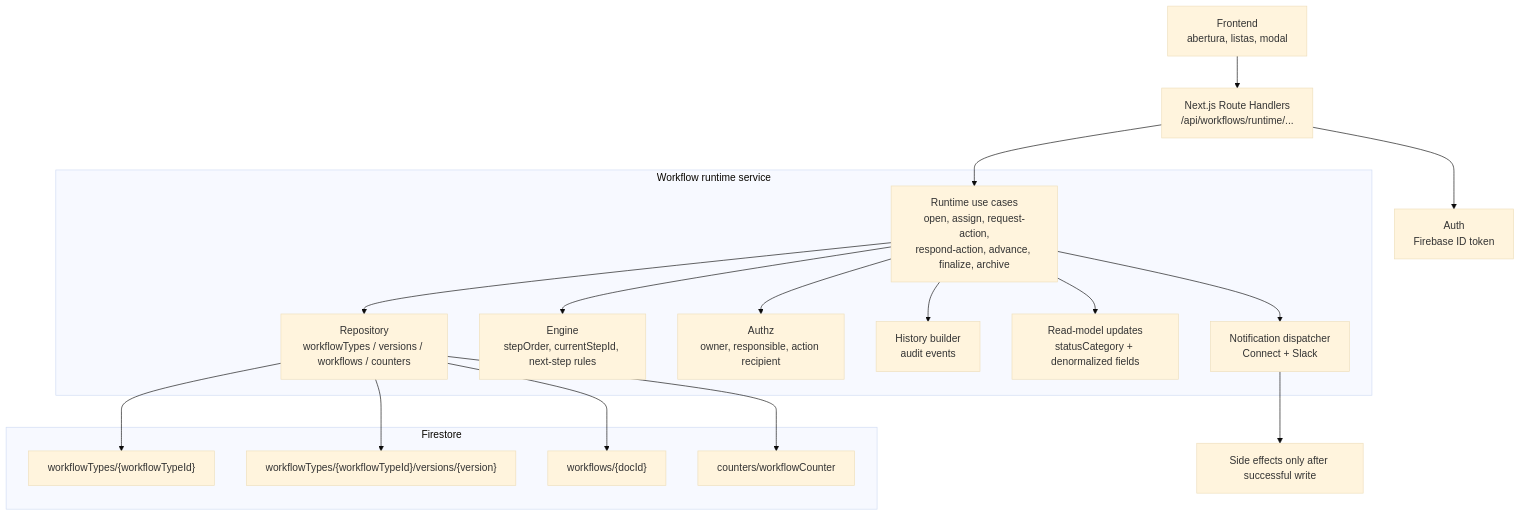
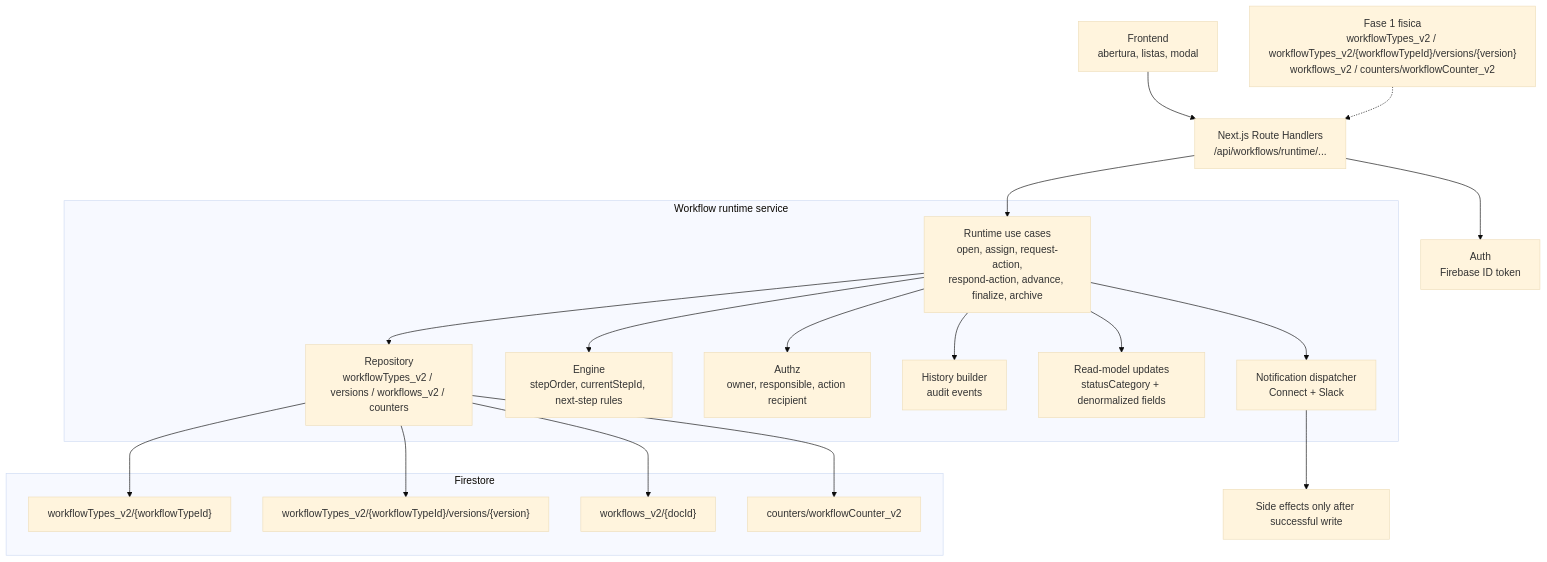
Before and after one commit to 3Ainvestimentos/Connect-backup: the diagram in docs/workflows_new/docs_step2/diagrams/06-runtime-layers.mmd, drawn with Mermaid (base theme). The commit also changed 23 other files, not shown here.

```diff
--- a/docs/workflows_new/docs_step2/diagrams/06-runtime-layers.mmd
+++ b/docs/workflows_new/docs_step2/diagrams/06-runtime-layers.mmd
@@ -1,23 +1,25 @@
 flowchart TB
     U["Frontend<br/>abertura, listas, modal"] --> RH["Next.js Route Handlers<br/>/api/workflows/runtime/..."]
+    NOTE["Fase 1 fisica<br/>workflowTypes_v2 / workflowTypes_v2/{workflowTypeId}/versions/{version}<br/>workflows_v2 / counters/workflowCounter_v2"]
 
     RH --> AUTH["Auth<br/>Firebase ID token"]
     RH --> UC["Runtime use cases<br/>open, assign, request-action,<br/>respond-action, advance, finalize, archive"]
+    NOTE -.-> RH
 
     subgraph SRV["Workflow runtime service"]
-        UC --> REPO["Repository<br/>workflowTypes / versions / workflows / counters"]
+        UC --> REPO["Repository<br/>workflowTypes_v2 / versions / workflows_v2 / counters"]
         UC --> ENG["Engine<br/>stepOrder, currentStepId, next-step rules"]
         UC --> AUTHZ["Authz<br/>owner, responsible, action recipient"]
         UC --> HIST["History builder<br/>audit events"]
         UC --> RM["Read-model updates<br/>statusCategory + denormalized fields"]
         UC --> NOTIF["Notification dispatcher<br/>Connect + Slack"]
     end
 
     subgraph DB["Firestore"]
-        REPO --> WT["workflowTypes/{workflowTypeId}"]
-        REPO --> WV["workflowTypes/{workflowTypeId}/versions/{version}"]
-        REPO --> WF["workflows/{docId}"]
-        REPO --> CTR["counters/workflowCounter"]
+        REPO --> WT["workflowTypes_v2/{workflowTypeId}"]
+        REPO --> WV["workflowTypes_v2/{workflowTypeId}/versions/{version}"]
+        REPO --> WF["workflows_v2/{docId}"]
+        REPO --> CTR["counters/workflowCounter_v2"]
     end
 
     NOTIF --> OUT["Side effects only after successful write"]
```
